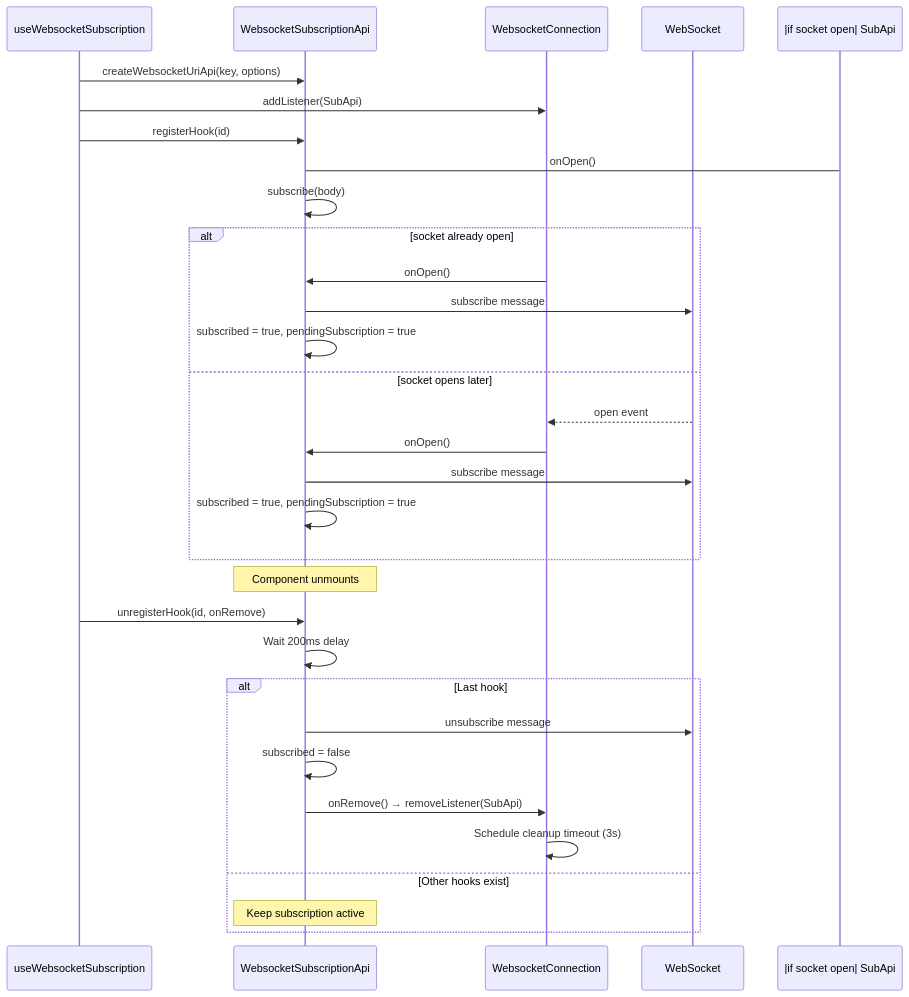
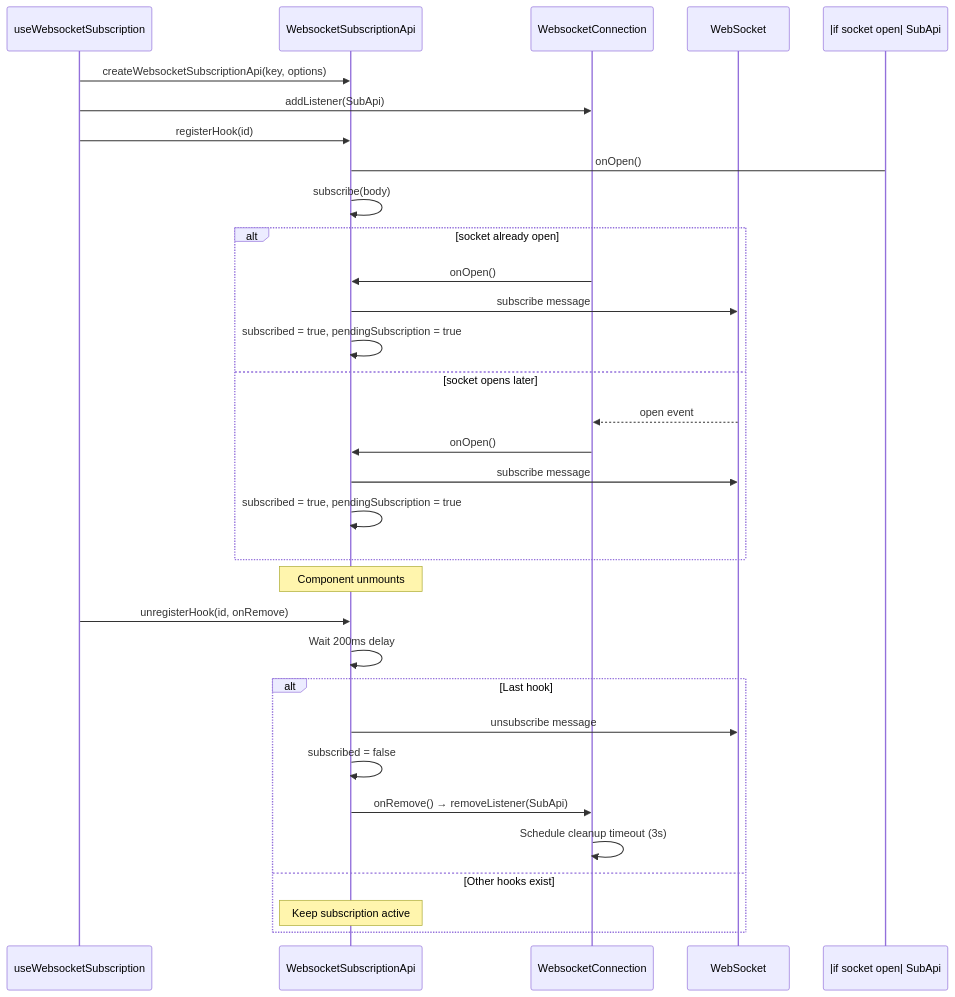
The eighth of 10 diagrams in src/lib/WEBSOCKET_CONNECTION.md (max-troost-io/mt-use-websockets), drawn with Mermaid before and after one commit. The commit also changed other lines of this file and 5 other files, not shown here.

Commit message:
Rename package to @mt-use-websocket, update README for clarity, and enhance WebSocket connection management with custom logger support. Adjusted API methods and documentation for improved usability and consistency.

````diff
--- a/src/lib/WEBSOCKET_CONNECTION.md
+++ b/src/lib/WEBSOCKET_CONNECTION.md
@@ -362,38 +358,38 @@
 ```mermaid
 sequenceDiagram
     participant Hook as useWebsocketSubscription
     participant SubApi as WebsocketSubscriptionApi
     participant Connection as WebsocketConnection
     participant Socket as WebSocket
 
-    Hook->>SubApi: createWebsocketUriApi(key, options)
+    Hook->>SubApi: createWebsocketSubscriptionApi(key, options)
     Hook->>Connection: addListener(SubApi)
     Hook->>SubApi: registerHook(id)
     SubApi->|if socket open| SubApi: onOpen()
     SubApi->>SubApi: subscribe(body)
 
     alt socket already open
         Connection->>SubApi: onOpen()
         SubApi->>Socket: subscribe message
         SubApi->>SubApi: subscribed = true, pendingSubscription = true
     else socket opens later
         Socket-->>Connection: open event
         Connection->>SubApi: onOpen()
         SubApi->>Socket: subscribe message
         SubApi->>SubApi: subscribed = true, pendingSubscription = true
     end
 
     Note over SubApi: Component unmounts
 
     Hook->>SubApi: unregisterHook(id, onRemove)
     SubApi->>SubApi: Wait 200ms delay
 
     alt Last hook
         SubApi->>Socket: unsubscribe message
         SubApi->>SubApi: subscribed = false
         SubApi->>Connection: onRemove() → removeListener(SubApi)
         Connection->>Connection: Schedule cleanup timeout (3s)
     else Other hooks exist
         Note over SubApi: Keep subscription active
     end
 ```
````
